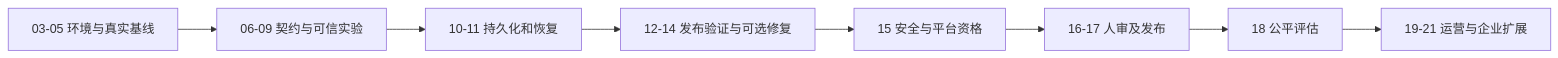
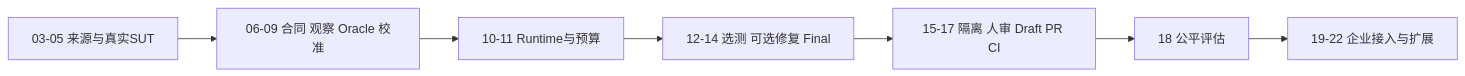
The diagram in docs/00-overall-plan.md (guangxinsuuu/EvidCodingAgent), drawn with Mermaid before and after one commit. The commit also changed other lines of this file and 57 other files, not shown here.

````diff
--- a/docs/00-overall-plan.md
+++ b/docs/00-overall-plan.md
@@ -37,10 +31,9 @@
 ```mermaid
 flowchart LR
-  E[03-05 环境与真实基线] --> C[06-09 契约与可信实验]
-  C --> R[10-11 持久化和恢复]
-  R --> A[12-14 发布验证与可选修复]
-  A --> S[15 安全与平台资格]
-  S --> P[16-17 人审及发布]
-  P --> V[18 公平评估]
-  V --> O[19-21 运营与企业扩展]
+  A[03-05 来源与真实SUT] --> B[06-09 合同 观察 Oracle 校准]
+  B --> C[10-11 Runtime与预算]
+  C --> D[12-14 选测 可选修复 Final]
+  D --> E[15-17 隔离 人审 Draft PR CI]
+  E --> F[18 公平评估]
+  F --> G[19-22 企业接入与扩展]
 ```
````
